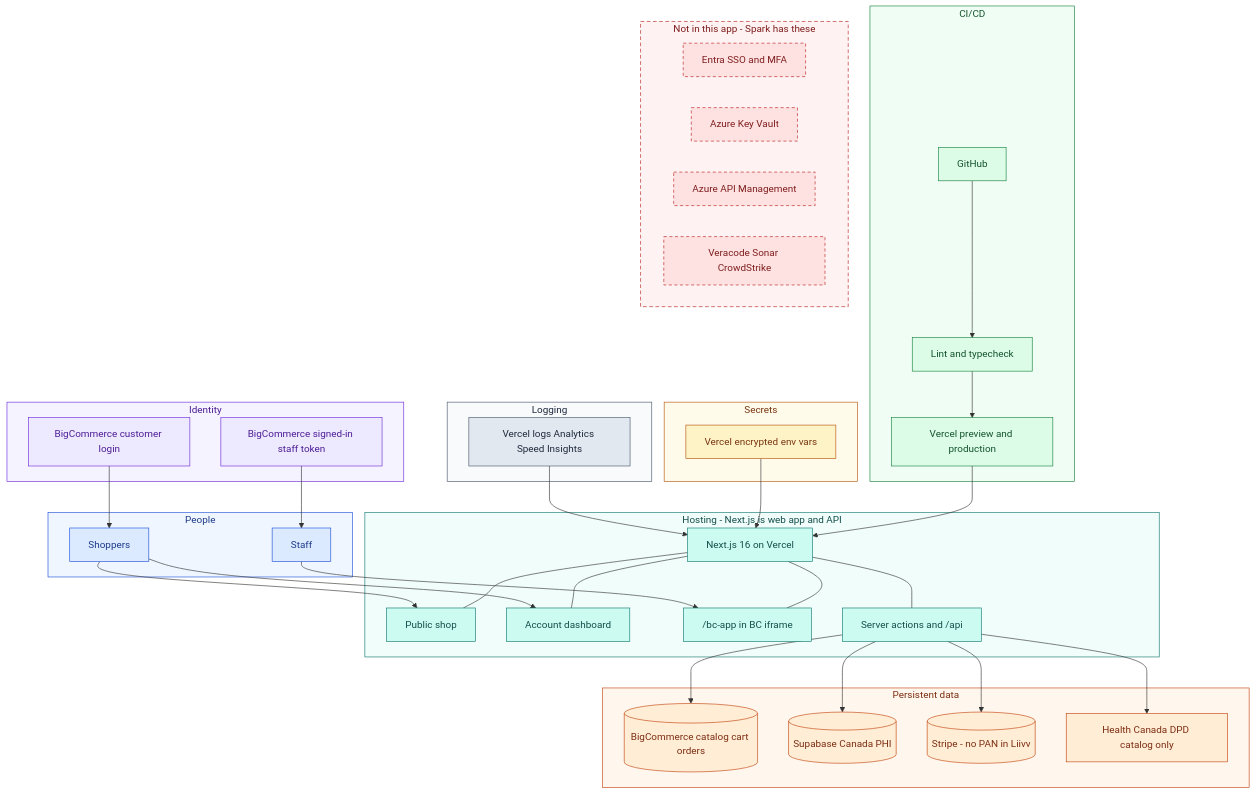
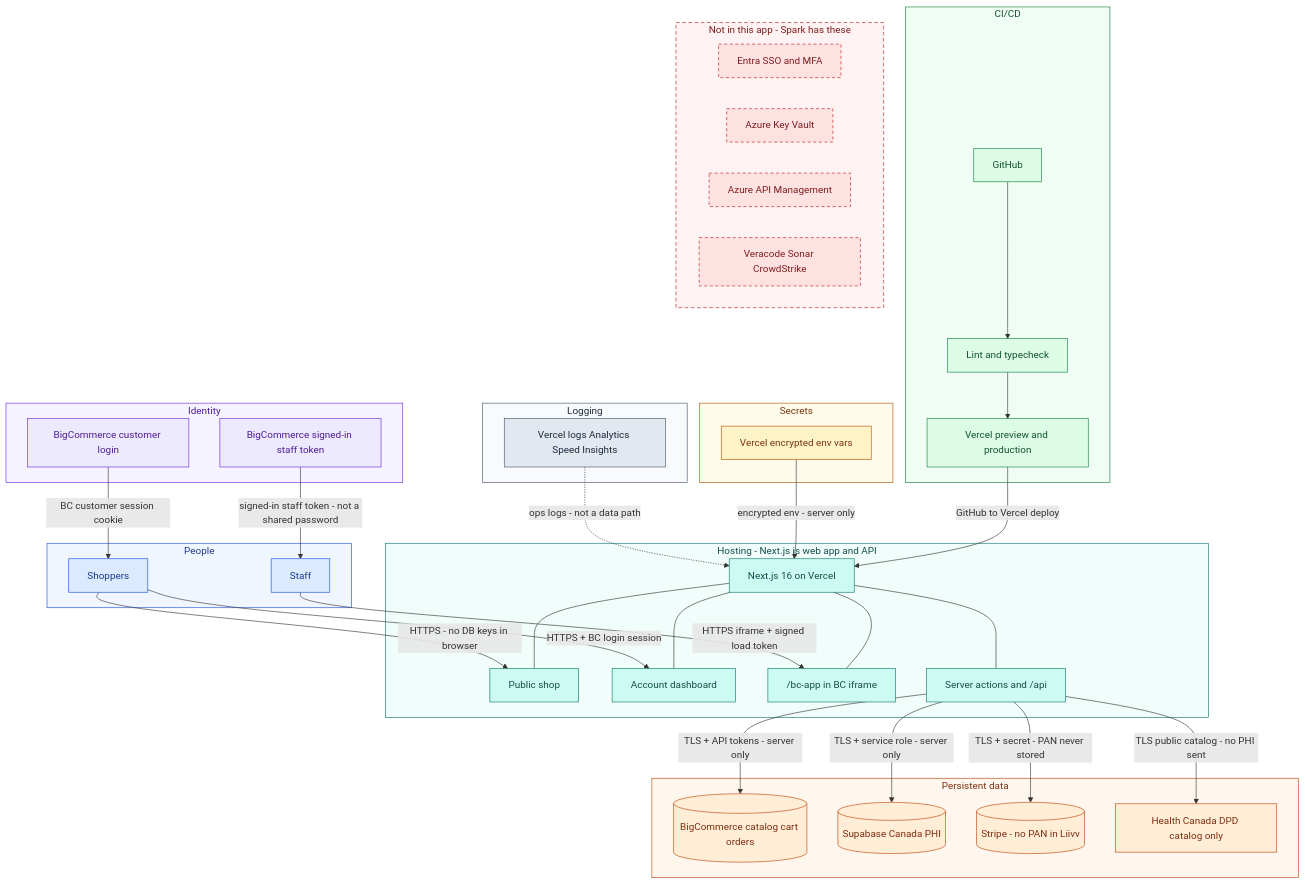
One commit to lolo19950603/liivv-test-catalyst-app changed the first of 6 diagrams in docs/Liivv-Architecture.md. Above: the diagram before and after it, drawn with Mermaid. The commit also changed other lines of this file and 2 other files, not shown here.

Commit message:
Drop the OpenAI vendor name from the IT pack and label diagram hops with how each path is protected.

```diff
--- a/docs/Liivv-Architecture.md
+++ b/docs/Liivv-Architecture.md
@@ -81,18 +81,18 @@
     SAST[Veracode Sonar CrowdStrike]
   end
 
-  Shoppers --> UI
-  Shoppers --> Account
-  Staff --> StaffApp
-  BCCust --> Shoppers
-  BCStaffTok --> Staff
-  VercelDeploy --> Next
-  VercelEnv --> Next
-  VercelLogs --> Next
-  Routes --> BC
-  Routes --> SB
-  Routes --> Stripe
-  Routes --> DPD
+  Shoppers -->|HTTPS - no DB keys in browser| UI
+  Shoppers -->|HTTPS + BC login session| Account
+  Staff -->|HTTPS iframe + signed load token| StaffApp
+  BCCust -->|BC customer session cookie| Shoppers
+  BCStaffTok -->|signed-in staff token - not a shared password| Staff
+  VercelDeploy -->|GitHub to Vercel deploy| Next
+  VercelEnv -->|encrypted env - server only| Next
+  VercelLogs -.->|ops logs - not a data path| Next
+  Routes -->|TLS + API tokens - server only| BC
+  Routes -->|TLS + service role - server only| SB
+  Routes -->|TLS + secret - PAN never stored| Stripe
+  Routes -->|TLS public catalog - no PHI sent| DPD
 
   classDef actor fill:#DBEAFE,stroke:#1D4ED8,color:#1E3A8A
   classDef pipeline fill:#DCFCE7,stroke:#15803D,color:#14532D
```
